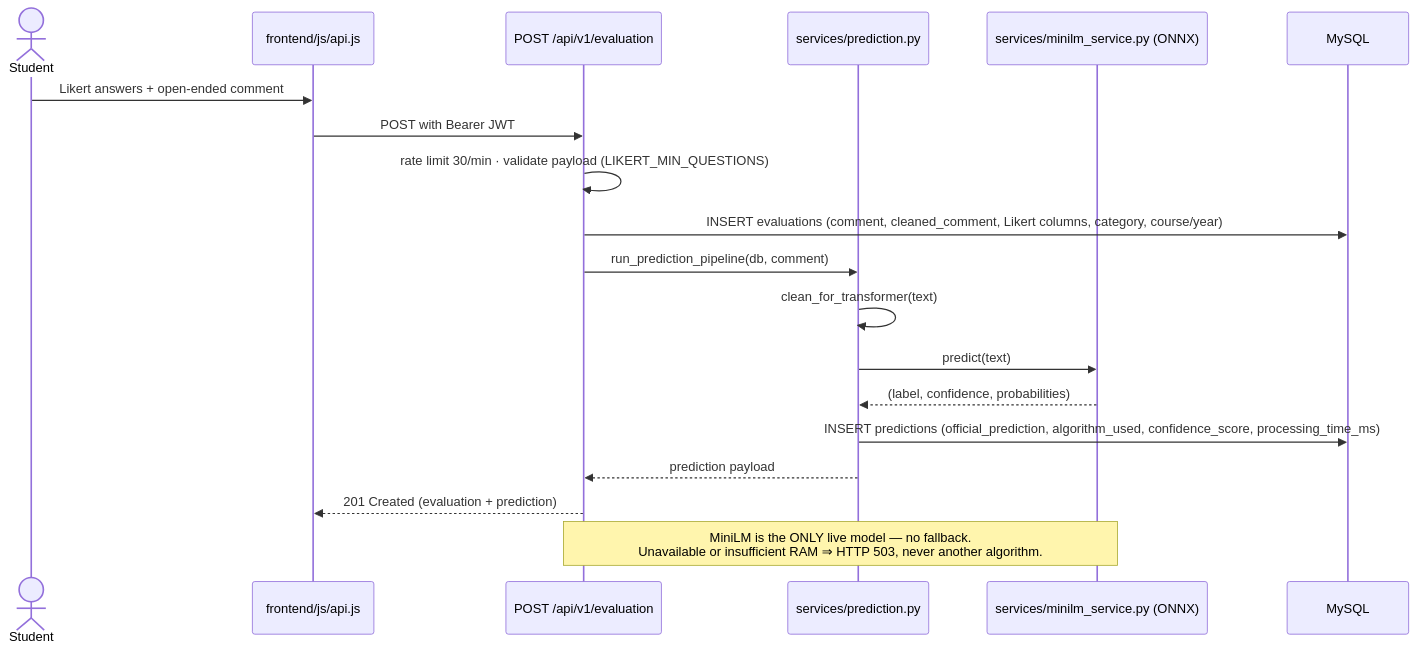
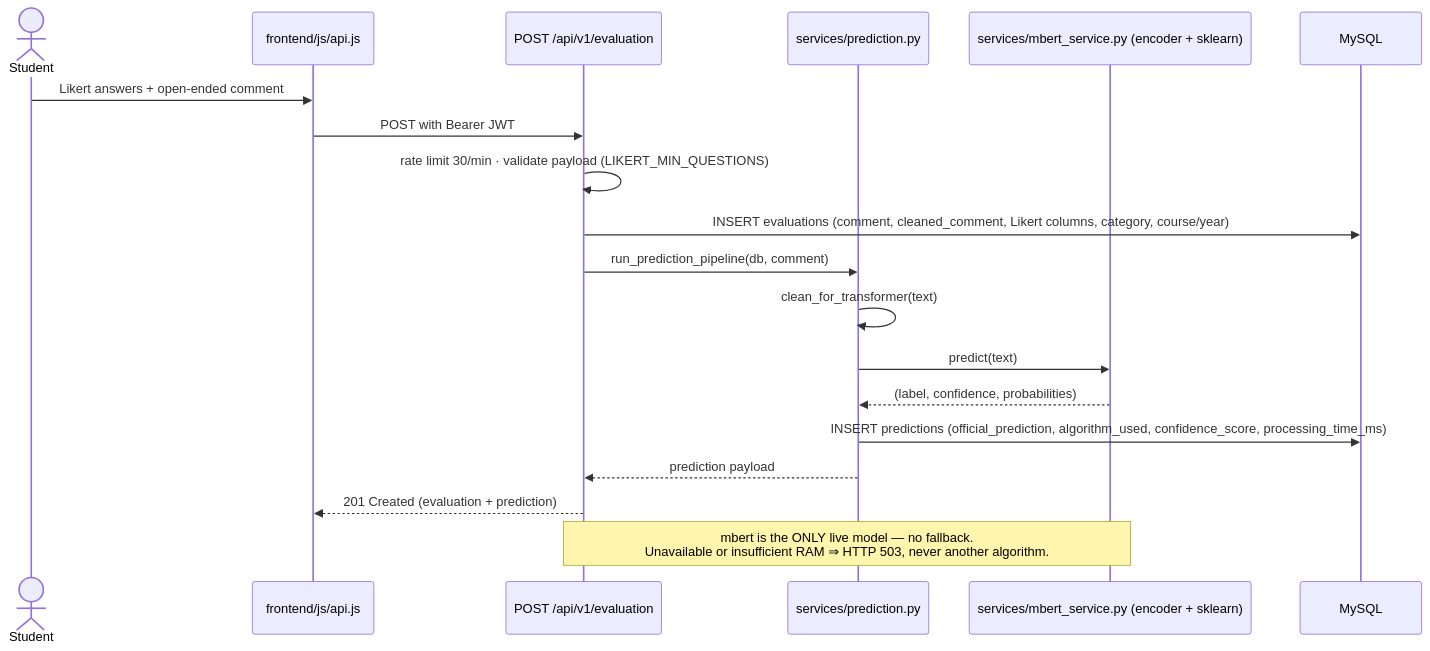
One commit to rowseiyyyy/Student-Sentiment-Analysis-System changed the fifth of 6 diagrams in SYSTEM_ARCHITECTURE.md. Above: the diagram before and after it, drawn with Mermaid. The commit also changed other lines of this file and 48 other files, not shown here.

First line of the commit message:
Replace Multilingual MiniLM with mBERT Hybrid as the live model

````diff
--- a/SYSTEM_ARCHITECTURE.md
+++ b/SYSTEM_ARCHITECTURE.md
@@ -345,22 +345,22 @@
 ```mermaid
 sequenceDiagram
     actor Student
     participant FE as frontend/js/api.js
     participant API as POST /api/v1/evaluation
     participant Svc as services/prediction.py
-    participant Mim as services/minilm_service.py (ONNX)
+    participant Mim as services/mbert_service.py (encoder + sklearn)
     participant DB as MySQL
 
     Student->>FE: Likert answers + open-ended comment
     FE->>API: POST with Bearer JWT
     API->>API: rate limit 30/min · validate payload (LIKERT_MIN_QUESTIONS)
     API->>DB: INSERT evaluations (comment, cleaned_comment, Likert columns, category, course/year)
     API->>Svc: run_prediction_pipeline(db, comment)
     Svc->>Svc: clean_for_transformer(text)
     Svc->>Mim: predict(text)
     Mim-->>Svc: (label, confidence, probabilities)
     Svc->>DB: INSERT predictions (official_prediction, algorithm_used, confidence_score, processing_time_ms)
     Svc-->>API: prediction payload
     API-->>FE: 201 Created (evaluation + prediction)
-    Note over Mim,API: MiniLM is the ONLY live model — no fallback.<br/>Unavailable or insufficient RAM ⇒ HTTP 503, never another algorithm.
+    Note over Mim,API: mbert is the ONLY live model — no fallback.<br/>Unavailable or insufficient RAM ⇒ HTTP 503, never another algorithm.
 ```
````
